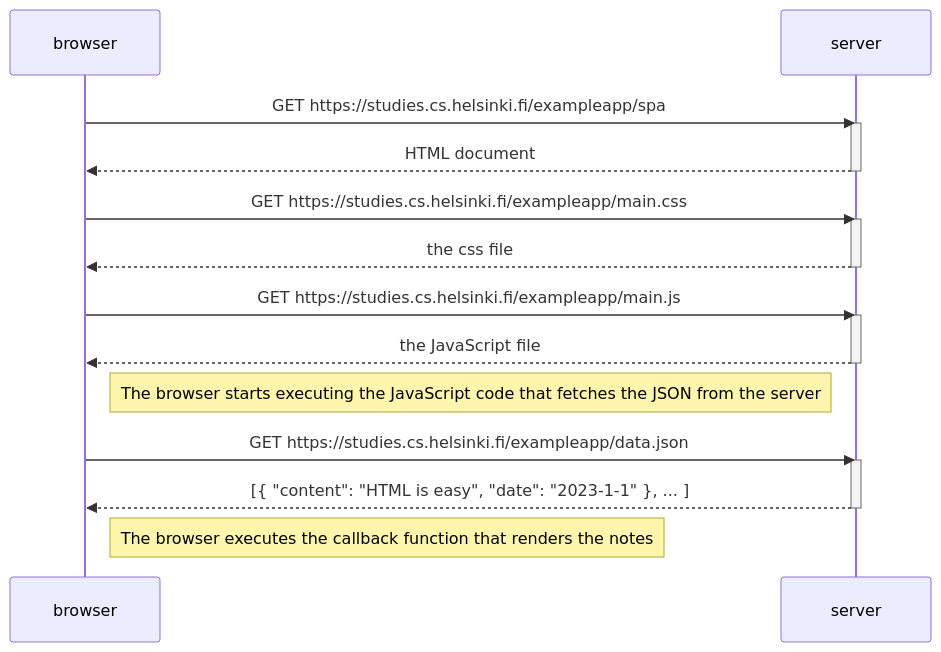
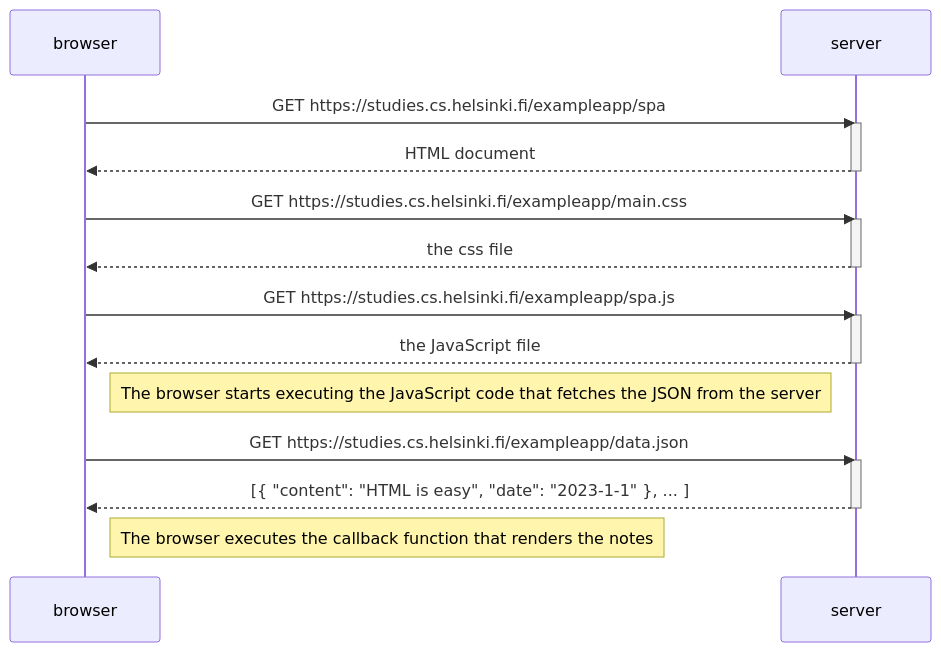
One commit to m4nch1ld/osa1 changed the diagram in osa0/0.5/sekvenssikaavio_spa.md. Above: the diagram before and after it, drawn with Mermaid.

````diff
--- a/osa0/0.5/sekvenssikaavio_spa.md
+++ b/osa0/0.5/sekvenssikaavio_spa.md
@@ -1,29 +1,29 @@
 ```mermaid
 sequenceDiagram;
     participant browser
     participant server
 
     browser->>server: GET https://studies.cs.helsinki.fi/exampleapp/spa
     activate server
     server-->>browser: HTML document
     deactivate server
     
     browser->>server: GET https://studies.cs.helsinki.fi/exampleapp/main.css
     activate server
     server-->>browser: the css file
     deactivate server
     
-    browser->>server: GET https://studies.cs.helsinki.fi/exampleapp/main.js
+    browser->>server: GET https://studies.cs.helsinki.fi/exampleapp/spa.js
     activate server
     server-->>browser: the JavaScript file
     deactivate server
     
     Note right of browser: The browser starts executing the JavaScript code that fetches the JSON from the server
     
     browser->>server: GET https://studies.cs.helsinki.fi/exampleapp/data.json
     activate server
     server-->>browser: [{ "content": "HTML is easy", "date": "2023-1-1" }, ... ]
     deactivate server    
 
     Note right of browser: The browser executes the callback function that renders the notes 
 ```
````
